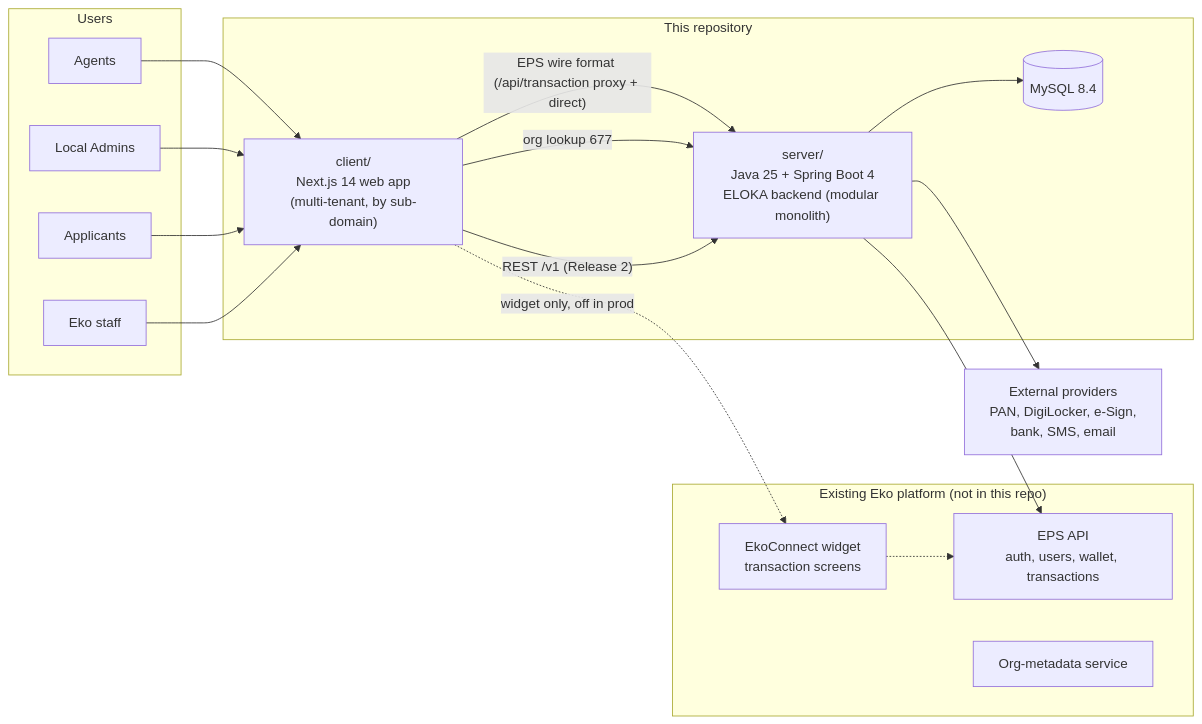
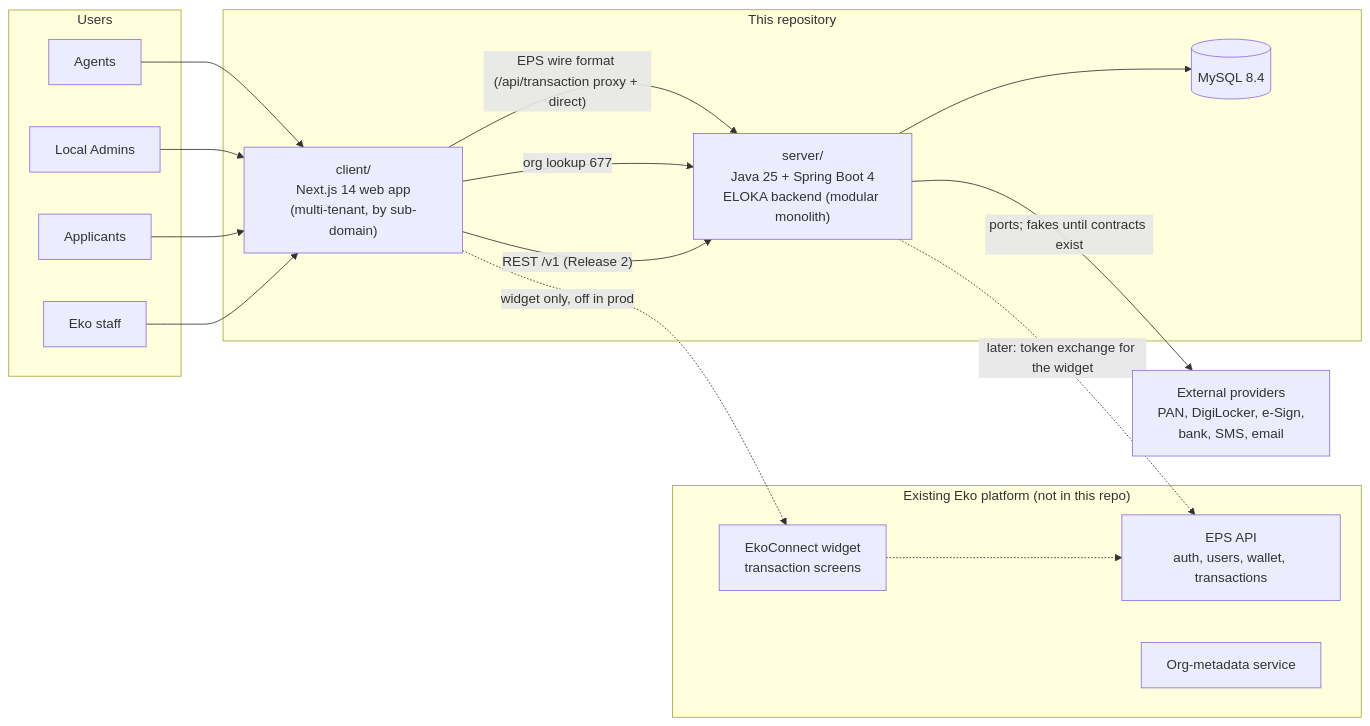
Before and after one commit to sourya-07/eloka: the first of 3 diagrams in docs/ARCHITECTURE_OVERVIEW.md, drawn with Mermaid. The commit also changed other lines of this file and 4 other files, not shown here.

Commit message:
docs: bring architecture overview, plan, runbook and CLAUDE.md up to date after P5

````diff
--- a/docs/ARCHITECTURE_OVERVIEW.md
+++ b/docs/ARCHITECTURE_OVERVIEW.md
@@ -19,34 +19,34 @@
 ```mermaid
 flowchart LR
     subgraph Users
         AG[Agents]
         LA[Local Admins]
         AP[Applicants]
         ST[Eko staff]
     end
 
     subgraph Repo["This repository"]
         C["client/<br/>Next.js 14 web app<br/>(multi-tenant, by sub-domain)"]
         S["server/<br/>Java 25 + Spring Boot 4<br/>ELOKA backend (modular monolith)"]
         DB[(MySQL 8.4)]
     end
 
     subgraph Eko["Existing Eko platform (not in this repo)"]
         EPS[EPS API<br/>auth, users, wallet, transactions]
         META[Org-metadata service]
         W[EkoConnect widget<br/>transaction screens]
     end
 
     EXT[External providers<br/>PAN, DigiLocker, e-Sign,<br/>bank, SMS, email]
 
     AG & LA --> C
     AP & ST --> C
     C -->|"EPS wire format (/api/transaction proxy + direct)"| S
     C -->|"org lookup 677"| S
     C -.->|"widget only, off in prod"| W
     W -.-> EPS
     C -->|"REST /v1 (Release 2)"| S
     S --> DB
-    S --> EPS
-    S --> EXT
+    S -.->|"later: token exchange for the widget"| EPS
+    S -->|"ports; fakes until contracts exist"| EXT
 ```
````
